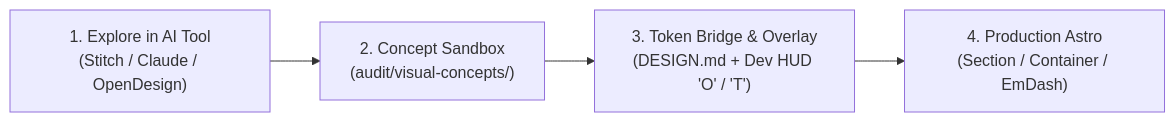
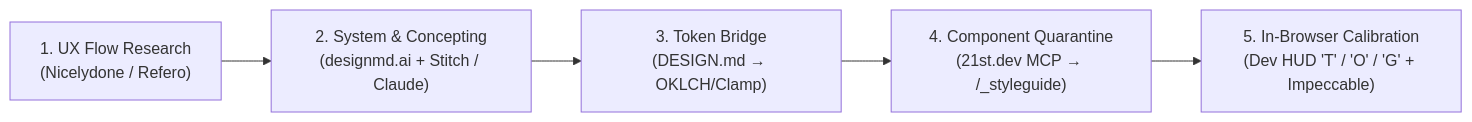
One commit to Vermeulen-Solutions/baseline changed the diagram in docs/design-interchange.md. Above: the diagram before and after it, drawn with Mermaid. The commit also changed other lines of this file and 10 other files, not shown here.

Commit message:
docs(design): integrate designmd.ai, 21st.dev component quarantine, and Stage 4 capability workflow

````diff
--- a/docs/design-interchange.md
+++ b/docs/design-interchange.md
@@ -11,6 +11,7 @@
 ```mermaid
 flowchart LR
-    A["1. Explore in AI Tool<br/>(Stitch / Claude / OpenDesign)"] --> B["2. Concept Sandbox<br/>(audit/visual-concepts/)"]
-    B --> C["3. Token Bridge & Overlay<br/>(DESIGN.md + Dev HUD 'O' / 'T')"]
-    C --> D["4. Production Astro<br/>(Section / Container / EmDash)"]
+    S1["1. UX Flow Research<br/>(Nicelydone / Refero)"] --> S2["2. System & Concepting<br/>(designmd.ai + Stitch / Claude)"]
+    S2 --> S3["3. Token Bridge<br/>(DESIGN.md → OKLCH/Clamp)"]
+    S3 --> S4["4. Component Quarantine<br/>(21st.dev MCP → /_styleguide)"]
+    S4 --> S5["5. In-Browser Calibration<br/>(Dev HUD 'T' / 'O' / 'G' + Impeccable)"]
 ```
````
